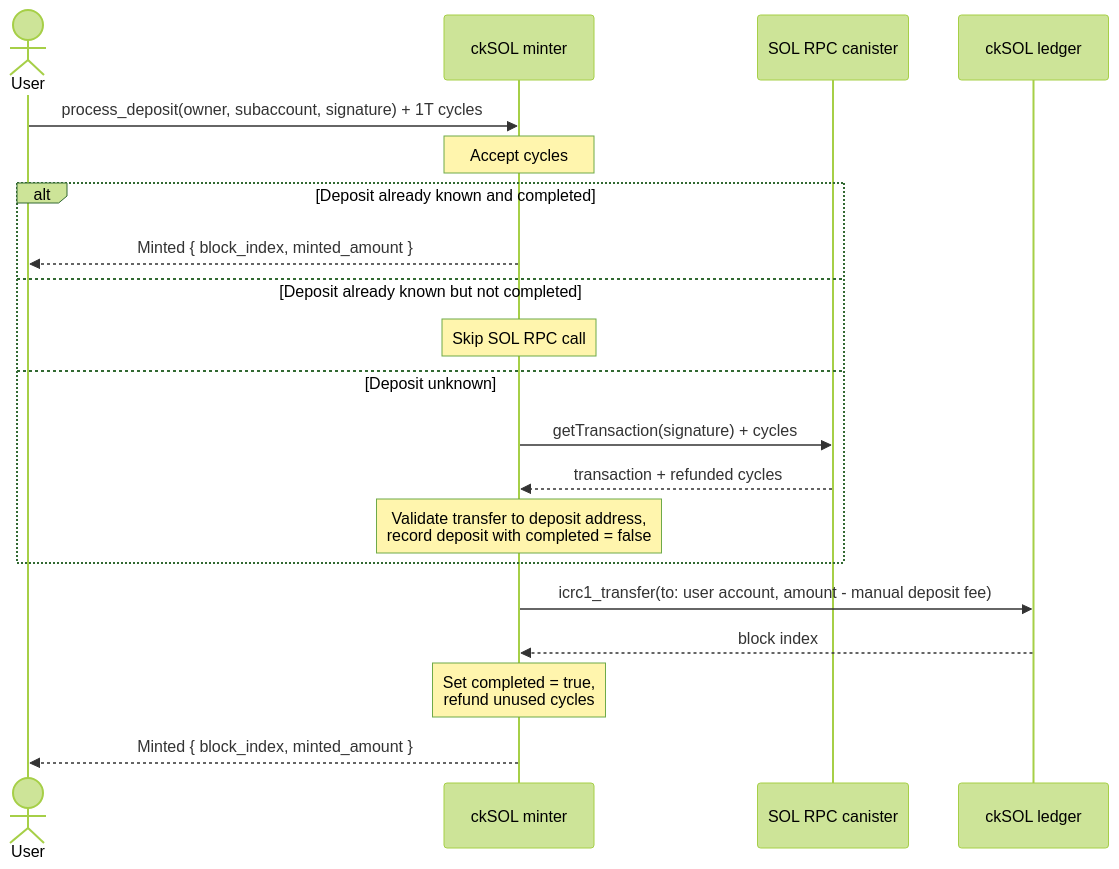
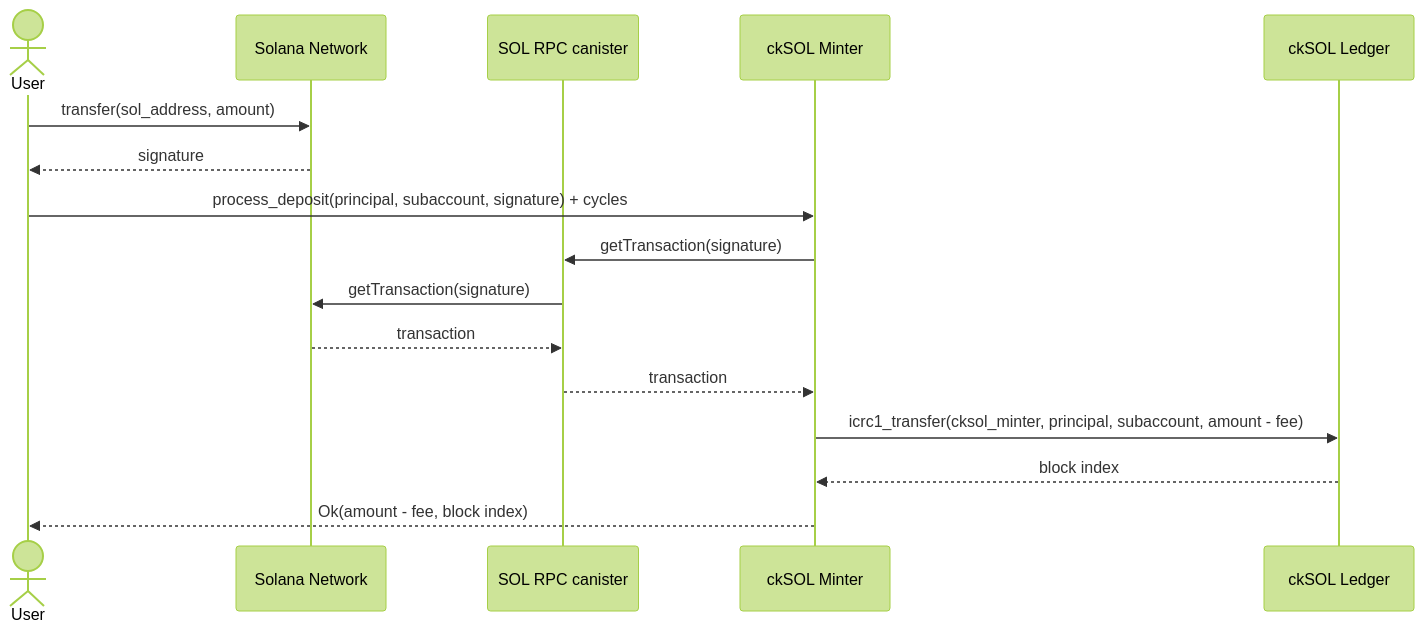
Before and after one commit to dfinity/cksol: the third of 7 diagrams in docs/design.md, drawn with Mermaid (forest theme).

Commit message:
docs: match the manual deposit flow diagram to the original figure
Claude-Session: https://claude.ai/code/session_01VpFpbJ5sgNutGGJUQ5dmkr

````diff
--- a/docs/design.md
+++ b/docs/design.md
@@ -288,23 +288,19 @@
 ```mermaid
 sequenceDiagram
     actor User
-    participant Minter as ckSOL minter
+    participant Solana as Solana Network
     participant RPC as SOL RPC canister
-    participant Ledger as ckSOL ledger
+    participant Minter as ckSOL Minter
+    participant Ledger as ckSOL Ledger
 
-    User->>Minter: process_deposit(owner, subaccount, signature) + 1T cycles
-    Note over Minter: Accept cycles
-    alt Deposit already known and completed
-        Minter-->>User: Minted { block_index, minted_amount }
-    else Deposit already known but not completed
-        Note over Minter: Skip SOL RPC call
-    else Deposit unknown
-        Minter->>RPC: getTransaction(signature) + cycles
-        RPC-->>Minter: transaction + refunded cycles
-        Note over Minter: Validate transfer to deposit address,<br/>record deposit with completed = false
-    end
-    Minter->>Ledger: icrc1_transfer(to: user account, amount - manual deposit fee)
+    User->>Solana: transfer(sol_address, amount)
+    Solana-->>User: signature
+    User->>Minter: process_deposit(principal, subaccount, signature) + cycles
+    Minter->>RPC: getTransaction(signature)
+    RPC->>Solana: getTransaction(signature)
+    Solana-->>RPC: transaction
+    RPC-->>Minter: transaction
+    Minter->>Ledger: icrc1_transfer(cksol_minter, principal, subaccount, amount - fee)
     Ledger-->>Minter: block index
-    Note over Minter: Set completed = true,<br/>refund unused cycles
-    Minter-->>User: Minted { block_index, minted_amount }
+    Minter-->>User: Ok(amount - fee, block index)
 ```
````
